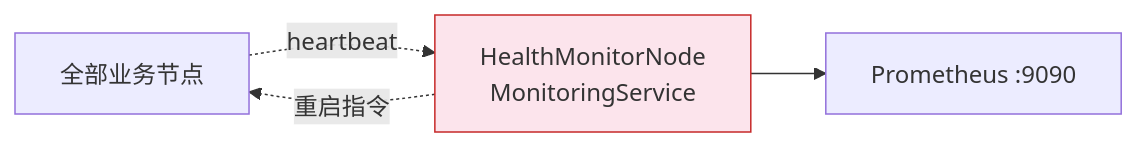
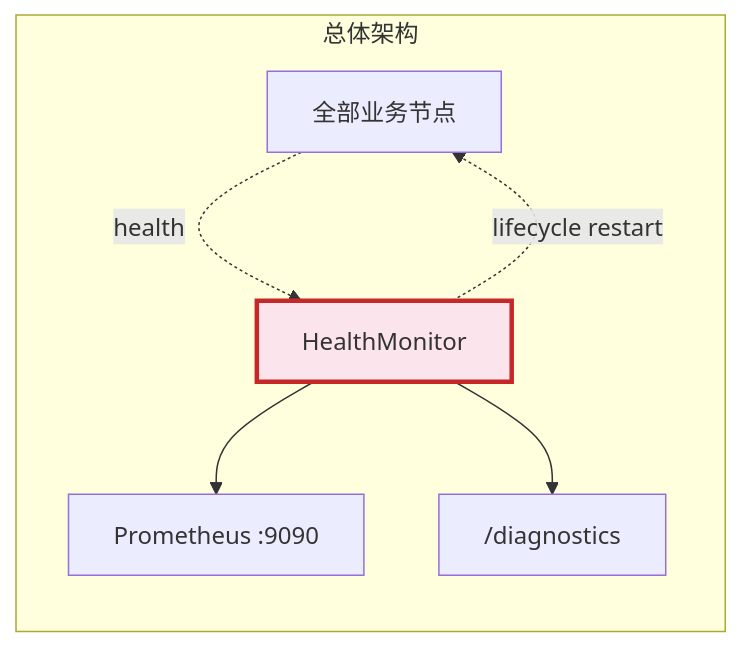
The first of 3 diagrams in doc/subsystems/health-monitor.md (guang-lee-cn/ros2_robot_middleware), drawn with Mermaid before and after one commit. The commit also changed other lines of this file and 7 other files, not shown here.

````diff
--- a/doc/subsystems/health-monitor.md
+++ b/doc/subsystems/health-monitor.md
@@ -5,8 +5,14 @@
 ```mermaid
 flowchart LR
-    NODES[全部业务节点] -.->|heartbeat| H[HealthMonitorNode<br/>MonitoringService]
-    H -.->|重启指令| NODES
-    H --> PROM[Prometheus :9090]
-    
-    style H fill:#fce4ec,stroke:#c62828
+    subgraph arch["总体架构"]
+        ALL["全部业务节点"]
+        H[HealthMonitor]
+        PROM["Prometheus :9090"]
+        DIAG["/diagnostics"]
+    end
+    ALL -.->|health| H
+    H -.->|lifecycle restart| ALL
+    H --> PROM
+    H --> DIAG
+    style H fill:#fce4ec,stroke:#c62828,stroke-width:3px
 ```
````
